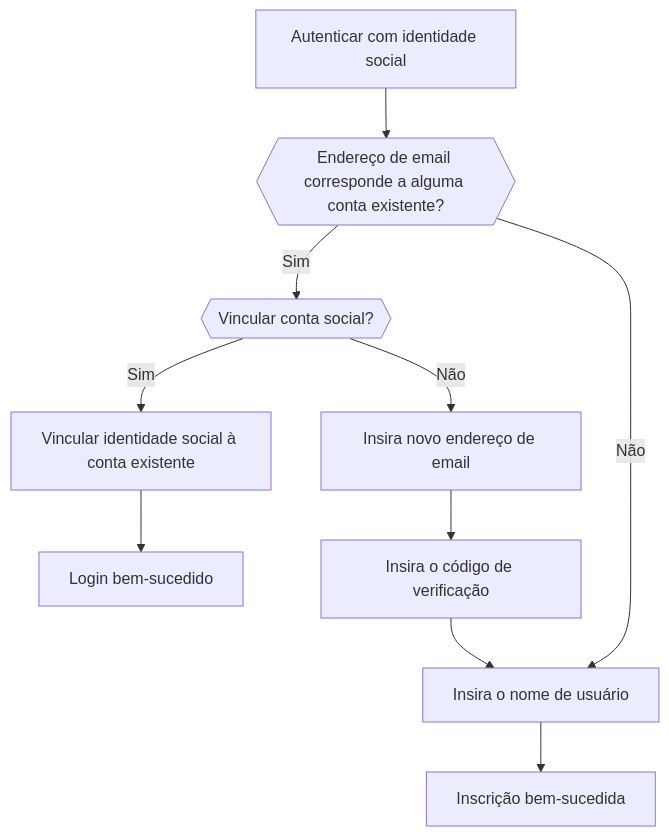
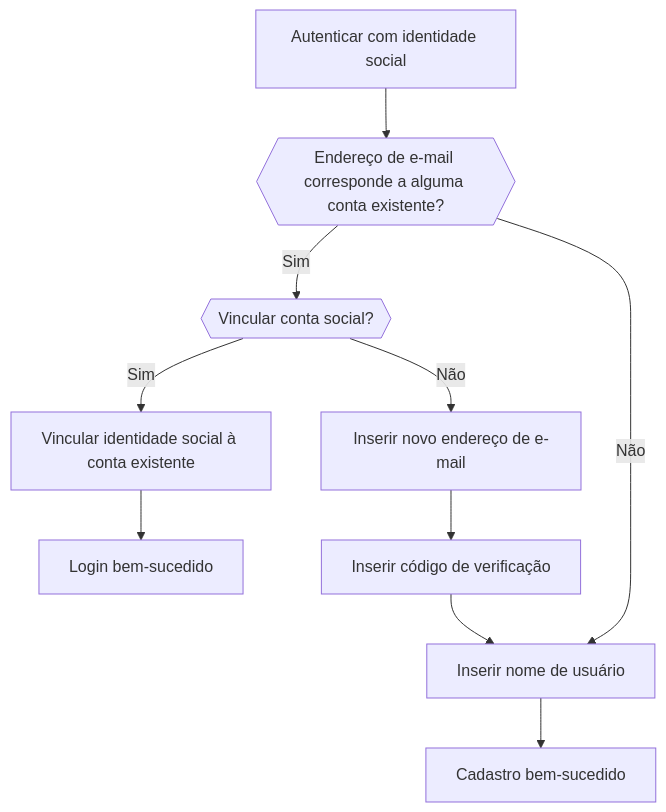
One commit to logto-io/docs changed the fifth of 6 diagrams in i18n/pt-BR/docusaurus-plugin-content-docs/current/end-user-flows/sign-up-and-sign-in/social-sign-in.mdx. Above: the diagram before and after it, drawn with Mermaid. The commit also changed other lines of this file and 59 other files, not shown here.

````diff
--- a/i18n/pt-BR/docusaurus-plugin-content-docs/current/end-user-flows/sign-up-and-sign-in/social-sign-in.mdx
+++ b/i18n/pt-BR/docusaurus-plugin-content-docs/current/end-user-flows/sign-up-and-sign-in/social-sign-in.mdx
@@ -159,12 +134,12 @@
    ```mermaid
       flowchart TD
-       A[Autenticar com identidade social] --> B{{Endereço de email corresponde a alguma conta existente?}}
+       A[Autenticar com identidade social] --> B{{Endereço de e-mail corresponde a alguma conta existente?}}
        B -- Sim --> C{{Vincular conta social?}}
        C -- Sim --> D[Vincular identidade social à conta existente]
        D --> E[Login bem-sucedido]
-       C -- Não --> F[Insira novo endereço de email]
-       F --> G[Insira o código de verificação]
-       G --> H[Insira o nome de usuário]
-       H --> I[Inscrição bem-sucedida]
+       C -- Não --> F[Inserir novo endereço de e-mail]
+       F --> G[Inserir código de verificação]
+       G --> H[Inserir nome de usuário]
+       H --> I[Cadastro bem-sucedido]
        B -- Não --> H
    ```
````
